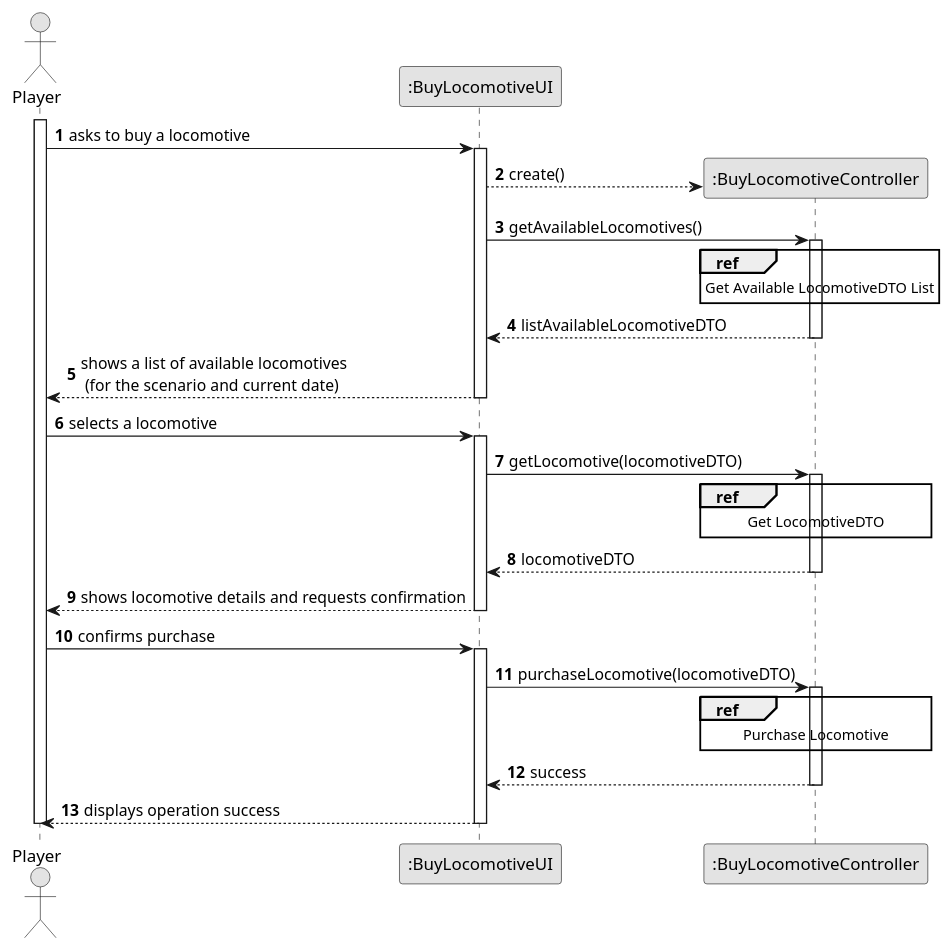
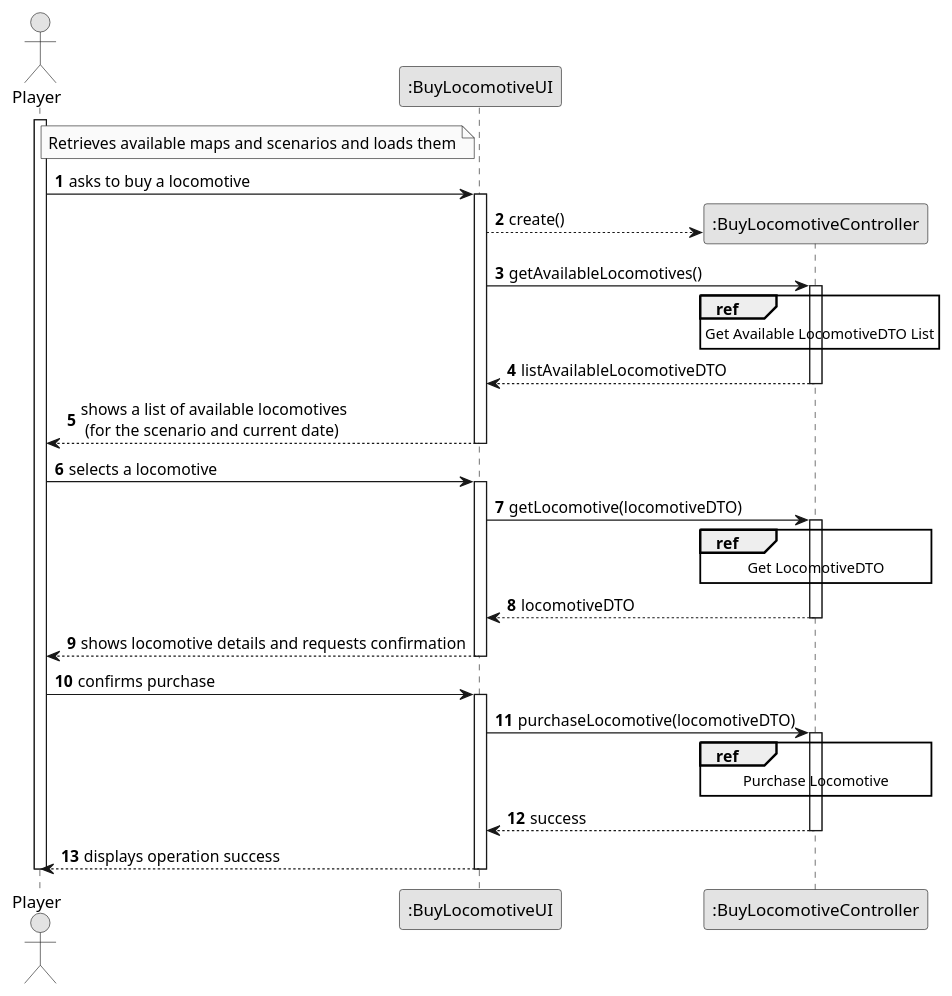
The diagram in docs/system-documentation/Sprint 3/US09/03.design/puml/US09-SD-split.puml (HenriqueSilva18/Railway-Network-Simulator), drawn with PlantUML before and after one commit.

Commit message:
Update design US09 #9

```diff
--- a/docs/system-documentation/Sprint 3/US09/03.design/puml/US09-SD-split.puml
+++ b/docs/system-documentation/Sprint 3/US09/03.design/puml/US09-SD-split.puml
@@ -1,63 +1,66 @@
 @startuml
 skinparam monochrome true
 skinparam packageStyle rectangle
 skinparam shadowing false
 
 autonumber
 
 'hide footbox
 actor "Player" as PLAYER
 participant ":BuyLocomotiveUI" as UI
 participant ":BuyLocomotiveController" as CTRL
 
 activate PLAYER
 
+    note left of UI
+        Retrieves available maps and scenarios and loads them
+    end note
     PLAYER -> UI : asks to buy a locomotive
     activate UI
         UI --> CTRL** : create()
         UI -> CTRL : getAvailableLocomotives()
 
         ref over CTRL
             Get Available LocomotiveDTO List
         end ref
 
         activate CTRL
             CTRL --> UI : listAvailableLocomotiveDTO
         deactivate CTRL
 
         UI --> PLAYER : shows a list of available locomotives\n (for the scenario and current date)
     deactivate UI
 
     PLAYER -> UI : selects a locomotive
     activate UI
         UI -> CTRL : getLocomotive(locomotiveDTO)
         
         ref over CTRL
             Get LocomotiveDTO
         end ref
 
         activate CTRL
             CTRL --> UI : locomotiveDTO
         deactivate CTRL
 
         UI --> PLAYER : shows locomotive details and requests confirmation
     deactivate UI
 
     PLAYER -> UI : confirms purchase
     activate UI
         UI -> CTRL : purchaseLocomotive(locomotiveDTO)
 
         ref over CTRL
             Purchase Locomotive
         end ref
 
         activate CTRL
             CTRL --> UI : success
         deactivate CTRL
 
         UI --> PLAYER : displays operation success
     deactivate UI
 
 deactivate PLAYER
 
 @enduml
```
